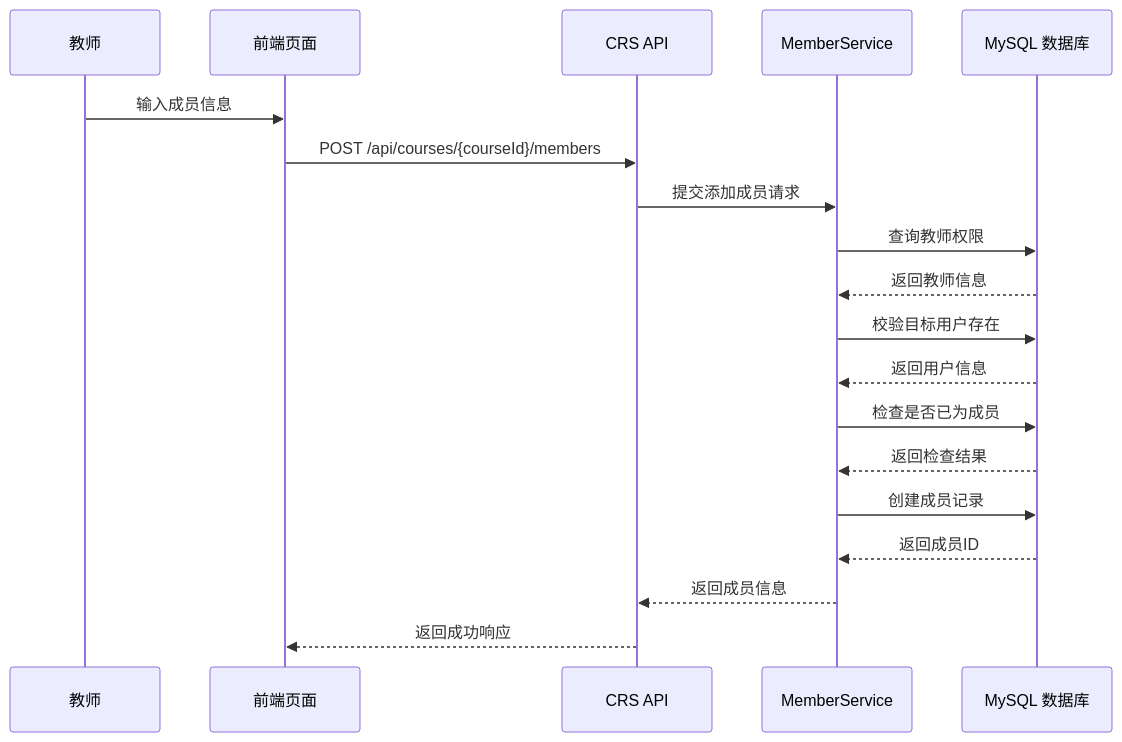
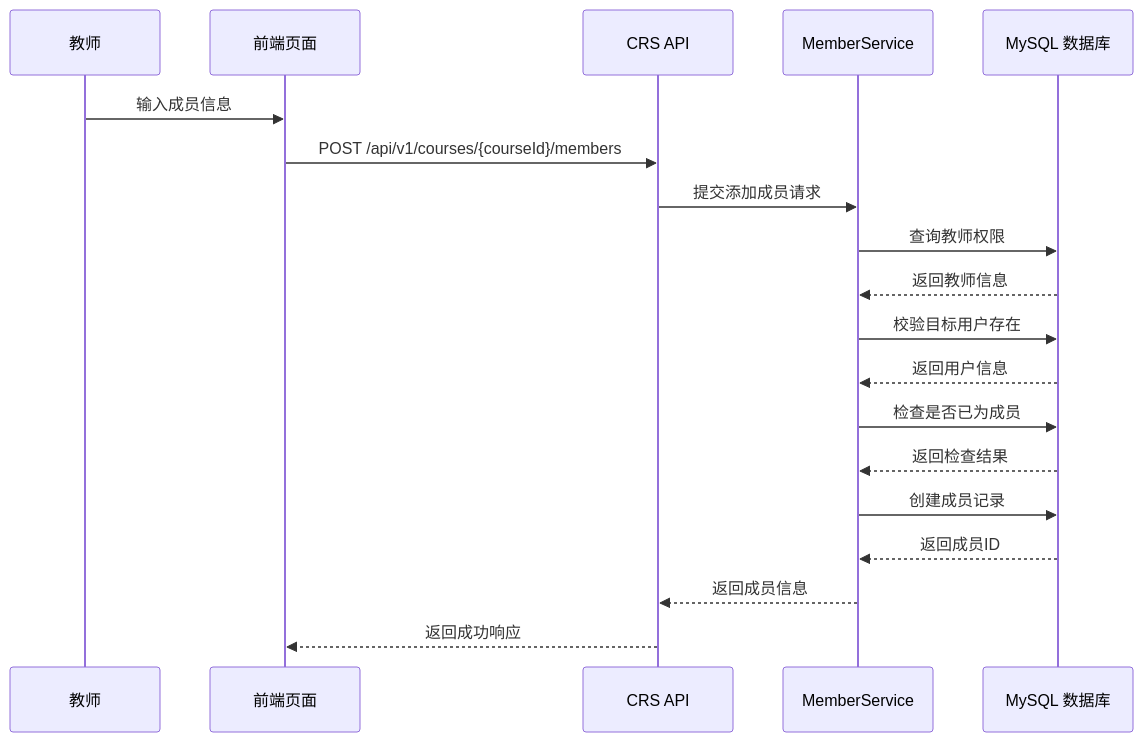
One commit to Cr4zyorange/OnlineJudge changed diagram 13 of 47 in docs/最终提交/软件详细设计说明书.md. Above: the diagram before and after it, drawn with Mermaid. The commit also changed other lines of this file, not shown here.

````diff
--- a/docs/最终提交/软件详细设计说明书.md
+++ b/docs/最终提交/软件详细设计说明书.md
@@ -1189,21 +1190,21 @@
 ```mermaid
 sequenceDiagram
   participant T as 教师
   participant P as 前端页面
   participant A as CRS API
   participant MS as MemberService
   participant D as MySQL 数据库
   T->>P: 输入成员信息
-  P->>A: POST /api/courses/{courseId}/members
+  P->>A: POST /api/v1/courses/{courseId}/members
   A->>MS: 提交添加成员请求
   MS->>D: 查询教师权限
   D-->>MS: 返回教师信息
   MS->>D: 校验目标用户存在
   D-->>MS: 返回用户信息
   MS->>D: 检查是否已为成员
   D-->>MS: 返回检查结果
   MS->>D: 创建成员记录
   D-->>MS: 返回成员ID
   MS-->>A: 返回成员信息
   A-->>P: 返回成功响应
 ```
````
